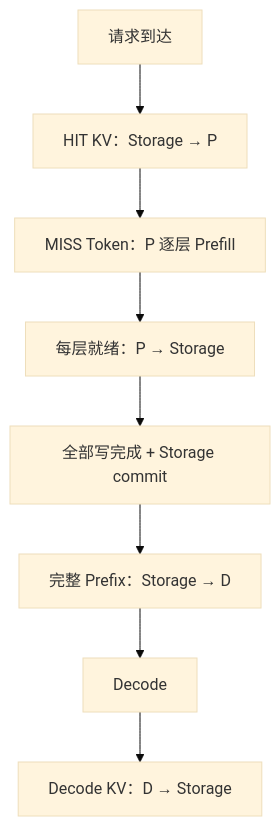
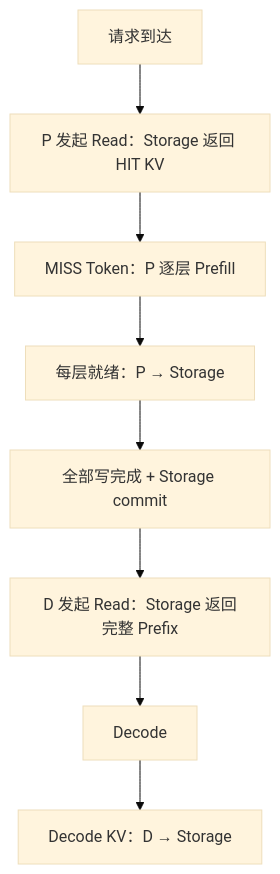
One commit to skifisy/ocs changed the diagram in docs/pipeline.md. Above: the diagram before and after it, drawn with Mermaid (base theme). The commit also changed other lines of this file and 3660 other files, not shown here.

````diff
--- a/docs/pipeline.md
+++ b/docs/pipeline.md
@@ -15,10 +15,10 @@
 ```mermaid
 flowchart TD
-    A["请求到达"] --> R["HIT KV：Storage → P"]
+    A["请求到达"] --> R["P 发起 Read：Storage 返回 HIT KV"]
     R --> C["MISS Token：P 逐层 Prefill"]
     C --> W["每层就绪：P → Storage"]
     W --> S["全部写完成 + Storage commit"]
-    S --> T["完整 Prefix：Storage → D"]
+    S --> T["D 发起 Read：Storage 返回完整 Prefix"]
     T --> D["Decode"]
     D --> O["Decode KV：D → Storage"]
 ```
````
